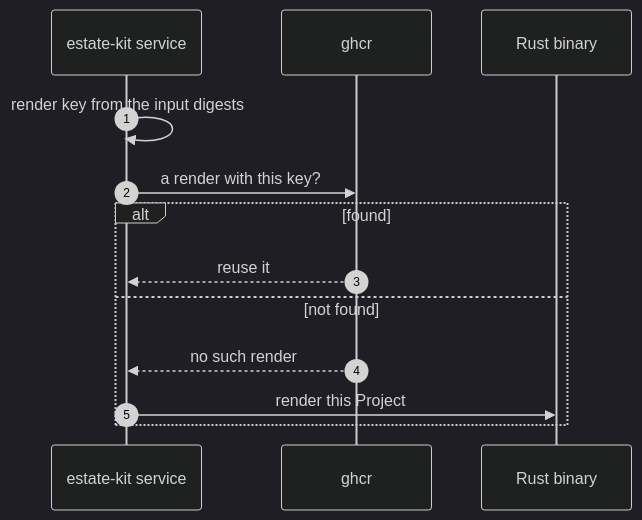
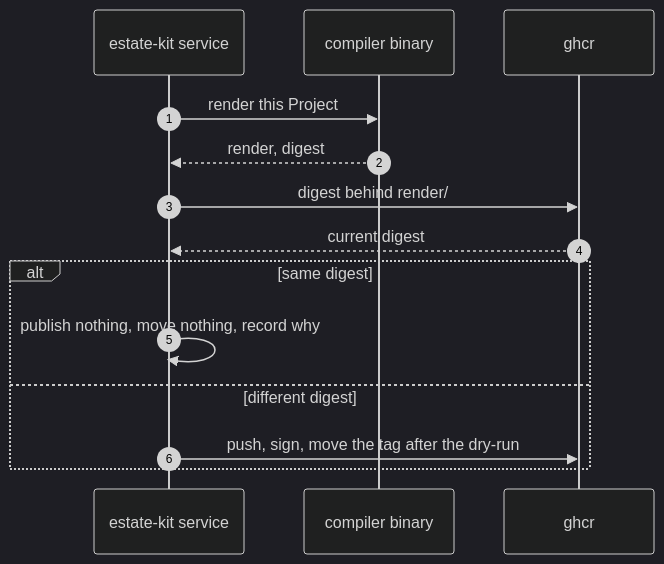
One commit to JorisJonkers-dev/estate-kit changed the diagram in docs/diagrams/raw/seq-cache.mmd. Above: the diagram before and after it, drawn with Mermaid (dark theme). The commit also changed 76 other files, not shown here.

```diff
--- a/docs/diagrams/raw/seq-cache.mmd
+++ b/docs/diagrams/raw/seq-cache.mmd
@@ -1,14 +1,15 @@
-%% title: Reuse a render from the registry
+%% title: Skip publishing an unchanged render
 sequenceDiagram
     autonumber
     participant S as estate-kit service
+    participant R as compiler binary
     participant O as ghcr
-    participant R as Rust binary
-    S->>S: render key from the input digests
-    S->>O: a render with this key?
-    alt found
-        O-->>S: reuse it
-    else not found
-        O-->>S: no such render
-        S->>R: render this Project
+    S->>R: render this Project
+    R-->>S: render, digest
+    S->>O: digest behind render/#lt#59;p#gt#59;:prod?
+    O-->>S: current digest
+    alt same digest
+        S->>S: publish nothing, move nothing, record why
+    else different digest
+        S->>O: push, sign, move the tag after the dry-run
     end
```
